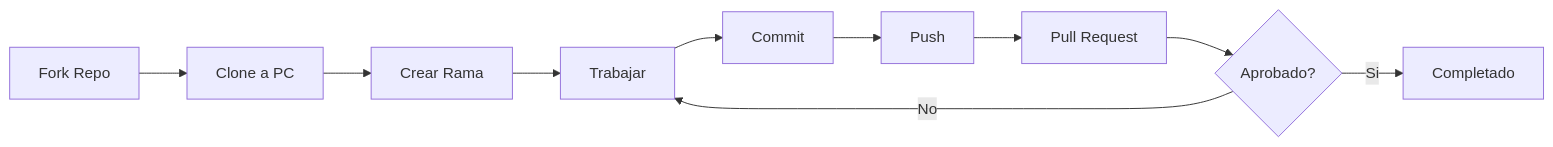
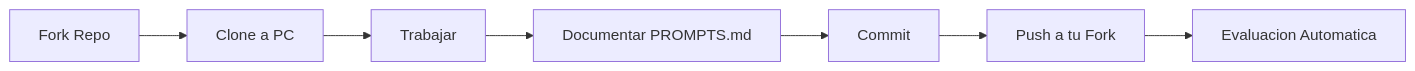
One commit to CarlosRivasplata/ejercicios-bigdata changed the diagram in docs/git-github/index.md. Above: the diagram before and after it, drawn with Mermaid. The commit also changed other lines of this file and 8 other files, not shown here.

First line of the commit message:
SISTEMA: Evaluacion por PROMPTS (elimina PRs)

````diff
--- a/docs/git-github/index.md
+++ b/docs/git-github/index.md
@@ -48,12 +39,9 @@
 ```mermaid
 graph LR
     A[Fork Repo] --> B[Clone a PC]
-    B --> C[Crear Rama]
-    C --> D[Trabajar]
+    B --> C[Trabajar]
+    C --> D[Documentar PROMPTS.md]
     D --> E[Commit]
-    E --> F[Push]
-    F --> G[Pull Request]
-    G --> H{Aprobado?}
-    H -->|No| D
-    H -->|Si| I[Completado]
+    E --> F[Push a tu Fork]
+    F --> G[Evaluacion Automatica]
 ```
````
